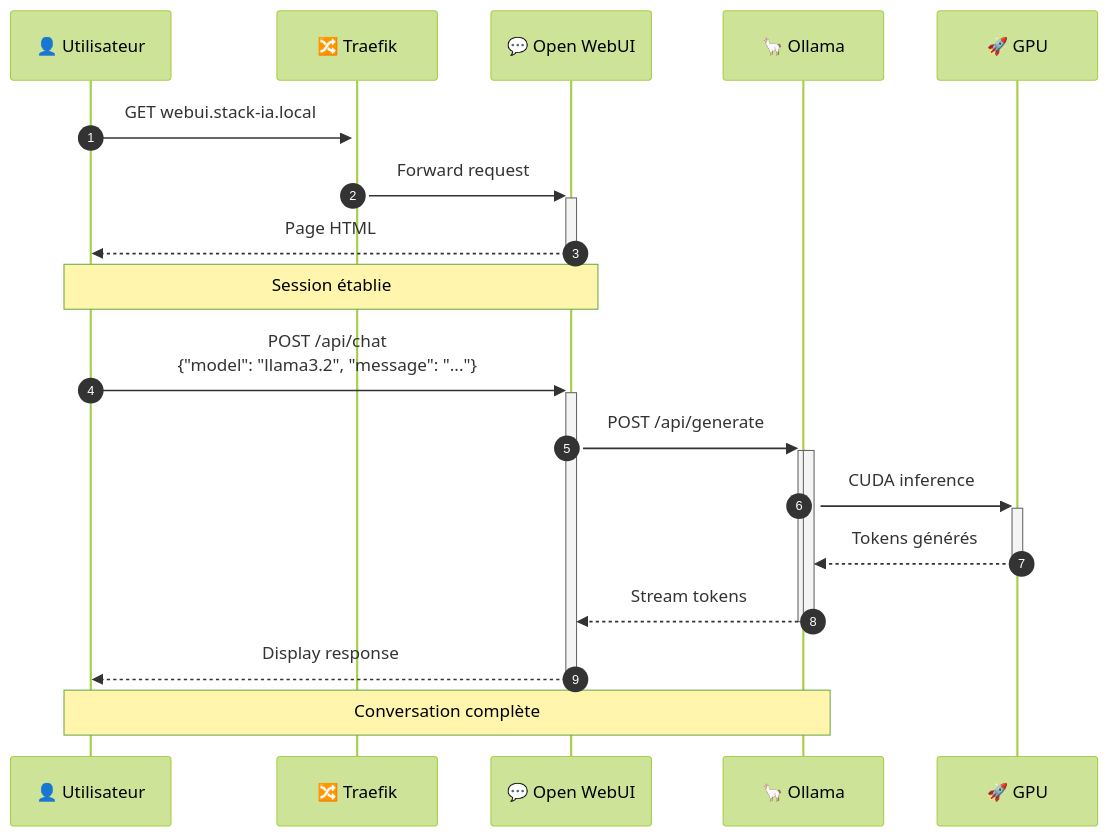
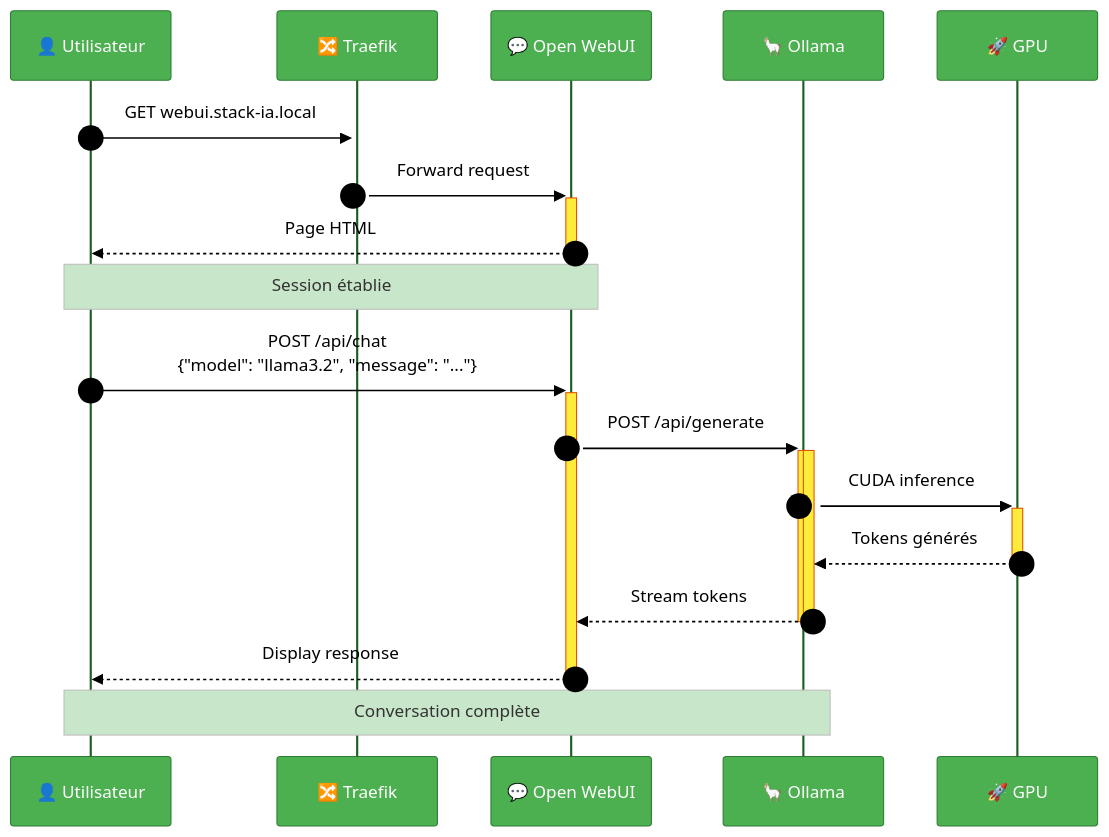
One commit to MPFabio/Stack-IA changed the seventh of 14 diagrams in docs/ARCHITECTURE.md. Above: the diagram before and after it, drawn with Mermaid. The commit also changed other lines of this file, not shown here.

First line of the commit message:
fix(docs): Fonds colorés FORCES dans themeVariables Mermaid

````diff
--- a/docs/ARCHITECTURE.md
+++ b/docs/ARCHITECTURE.md
@@ -471,27 +471,27 @@
 ```mermaid
-%%{init: {'theme':'forest'}}%%
+%%{init: {'theme':'base', 'themeVariables': {'background':'#e8f5e9','mainBkg':'#e8f5e9','noteBkgColor':'#c8e6c9','actorBkg':'#4CAF50','actorBorder':'#2e7d32','actorTextColor':'#fff','actorLineColor':'#1b5e20','signalColor':'#000','signalTextColor':'#000','labelTextColor':'#000','loopTextColor':'#000','activationBkgColor':'#ffeb3b','activationBorderColor':'#e65100','sequenceNumberColor':'#000'}}}%%
 sequenceDiagram
     autonumber
     participant U as 👤 Utilisateur
     participant T as 🔀 Traefik
     participant W as 💬 Open WebUI
     participant O as 🦙 Ollama
     participant G as 🚀 GPU
     
     U->>+T: GET webui.stack-ia.local
     T->>+W: Forward request
     W-->>-U: Page HTML
     
     Note over U,W: Session établie
     
     U->>+W: POST /api/chat<br/>{"model": "llama3.2", "message": "..."}
     W->>+O: POST /api/generate
     activate O
     O->>+G: CUDA inference
     G-->>-O: Tokens générés
     O-->>-W: Stream tokens
     deactivate O
     W-->>-U: Display response
     
     Note over U,O: Conversation complète
 ```
````
